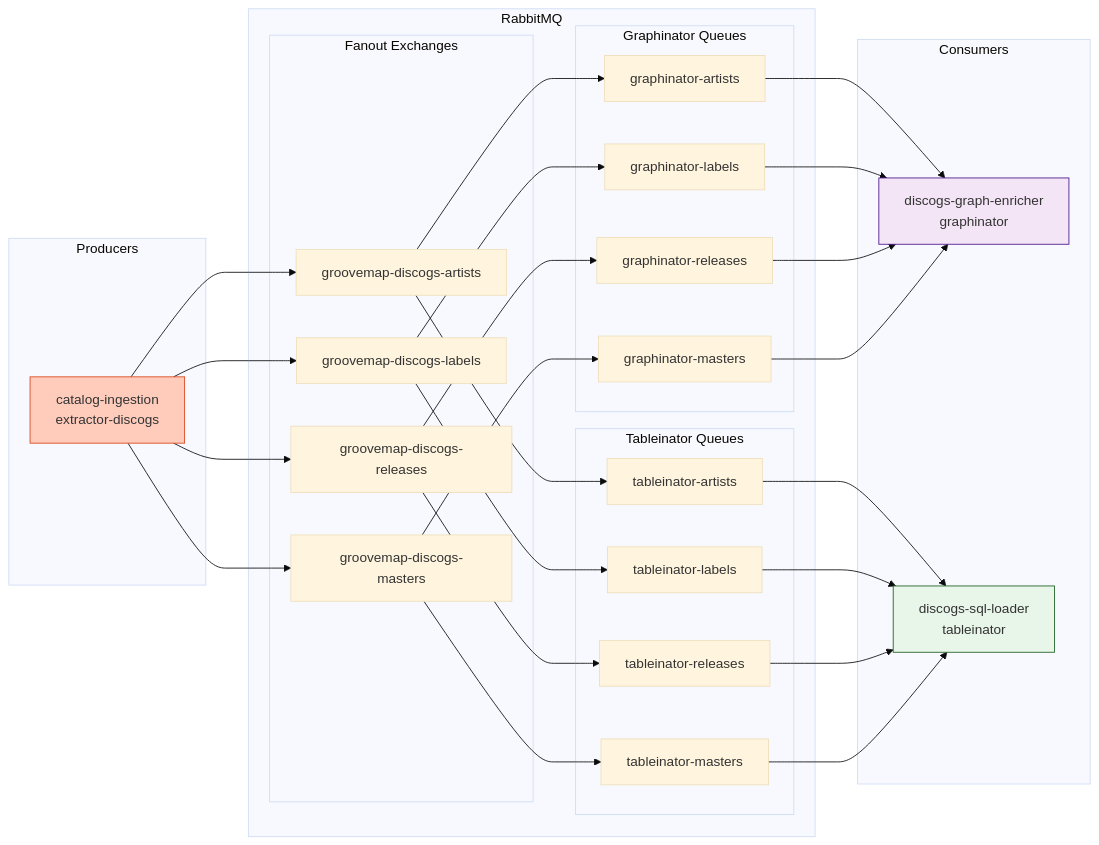
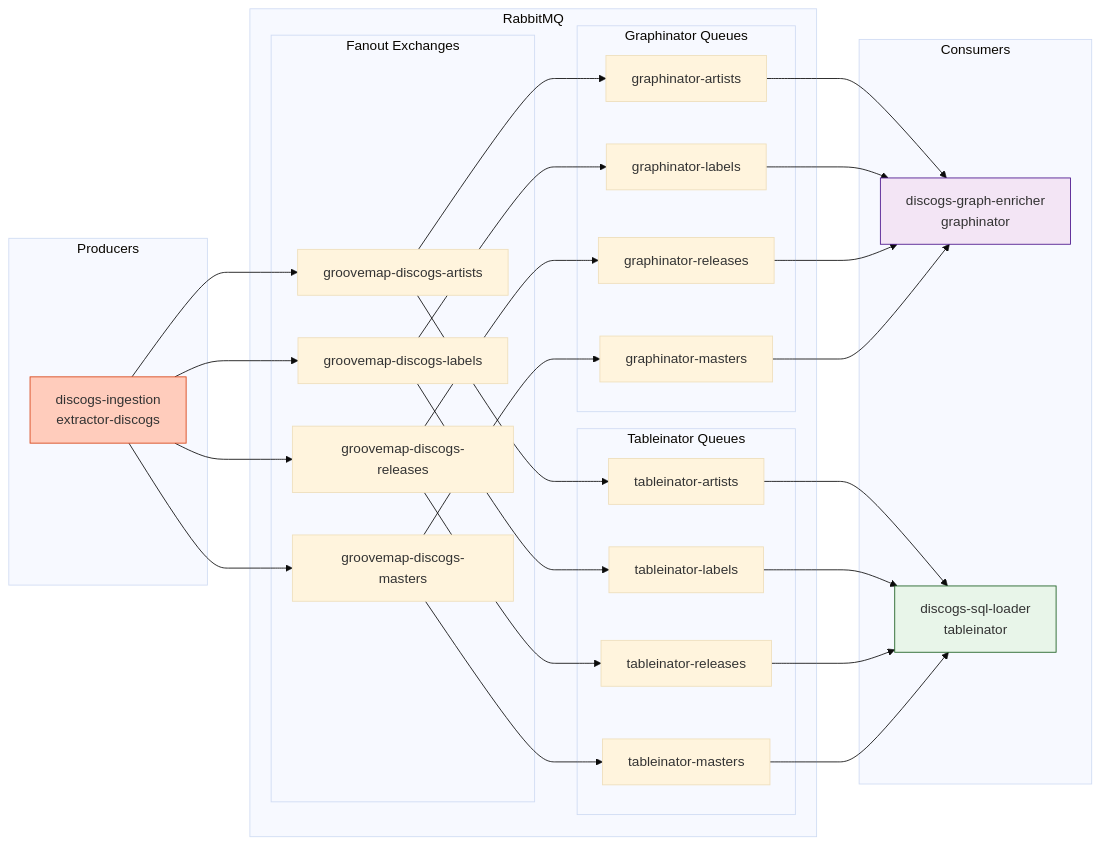
Before and after one commit to groovemap-music/deployment: the fifth of 7 diagrams in docs/architecture.md, drawn with Mermaid (base theme). The commit also changed other lines of this file and 1 other file, not shown here.

First line of the commit message:
docs(architecture): name the split producers instead of the retired combined repo

````diff
--- a/docs/architecture.md
+++ b/docs/architecture.md
@@ -662,48 +664,48 @@
 ```mermaid
 graph LR
     subgraph Producers
-        EXT[catalog-ingestion<br/>extractor-discogs]
+        EXT[discogs-ingestion<br/>extractor-discogs]
     end
 
     subgraph RabbitMQ
         subgraph Fanout Exchanges
             AX[groovemap-discogs-artists]
             LX[groovemap-discogs-labels]
             RX[groovemap-discogs-releases]
             MX[groovemap-discogs-masters]
         end
 
         subgraph Graphinator Queues
             GAQ[graphinator-artists]
             GLQ[graphinator-labels]
             GRQ[graphinator-releases]
             GMQ[graphinator-masters]
         end
 
         subgraph Tableinator Queues
             TAQ[tableinator-artists]
             TLQ[tableinator-labels]
             TRQ[tableinator-releases]
             TMQ[tableinator-masters]
         end
     end
 
     subgraph Consumers
         GRAPH[discogs-graph-enricher<br/>graphinator]
         TABLE[discogs-sql-loader<br/>tableinator]
     end
 
     EXT --> AX & LX & RX & MX
 
     AX --> GAQ & TAQ
     LX --> GLQ & TLQ
     RX --> GRQ & TRQ
     MX --> GMQ & TMQ
 
     GAQ & GLQ & GRQ & GMQ --> GRAPH
     TAQ & TLQ & TRQ & TMQ --> TABLE
 
     style EXT fill:#ffccbc,stroke:#d84315
     style GRAPH fill:#f3e5f5,stroke:#4a148c
     style TABLE fill:#e8f5e9,stroke:#1b5e20
 ```
````
